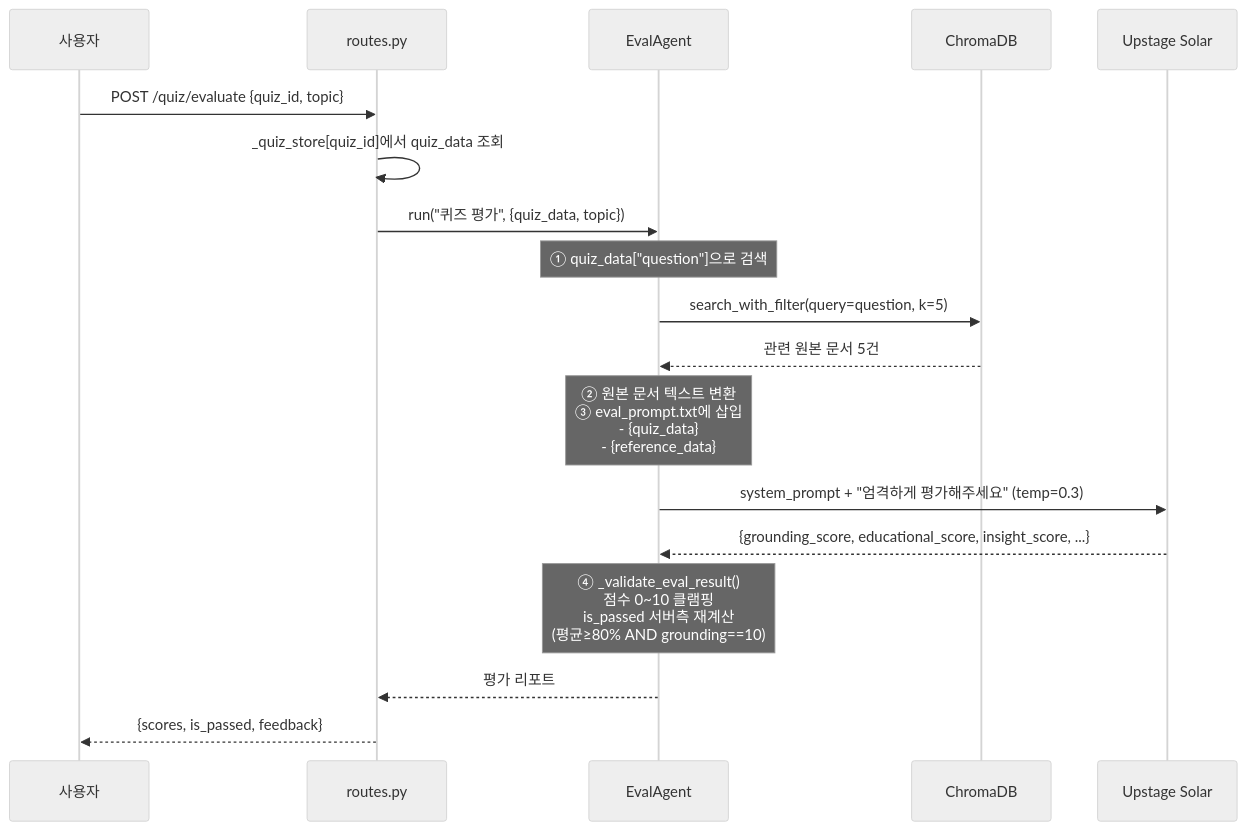
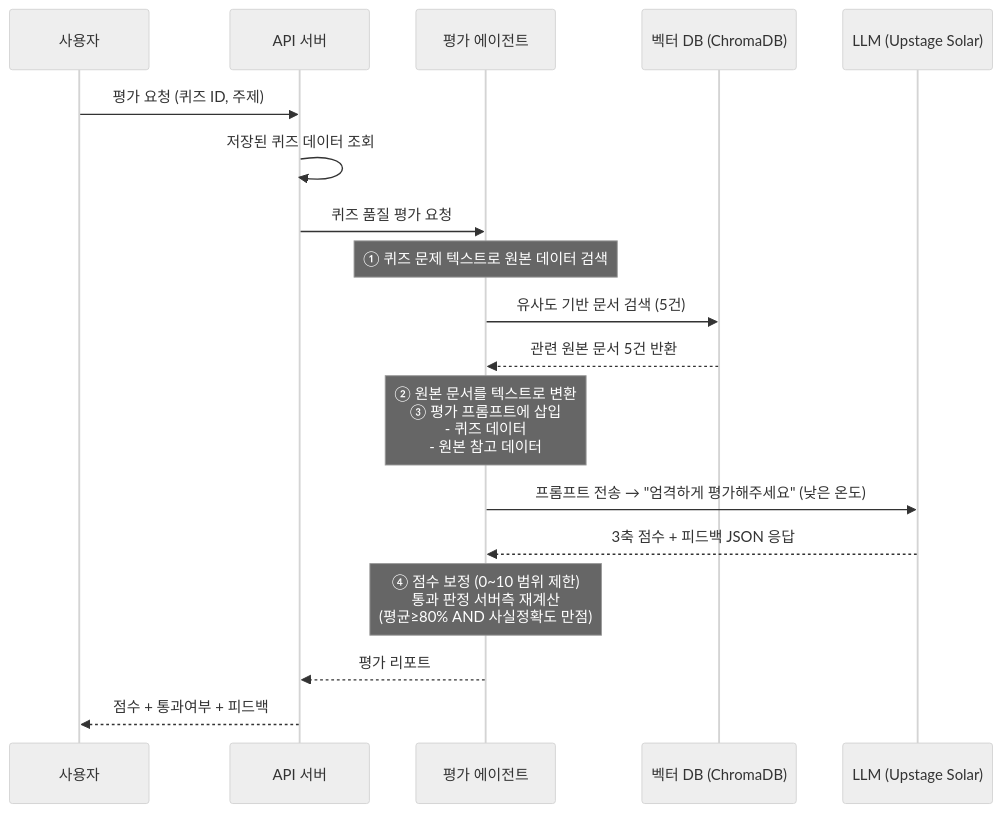
One commit to atozwizard/trade-onboarding-agent changed the third of 3 diagrams in docs/Quiz, Eval agent 기획서.md. Above: the diagram before and after it, drawn with Mermaid (neutral theme). The commit also changed other lines of this file, not shown here.

Commit message:
docs: 기획서 다이어그램 용어 한국어로 변경

````diff
--- a/docs/Quiz, Eval agent 기획서.md
+++ b/docs/Quiz, Eval agent 기획서.md
@@ -156,24 +156,24 @@
 ```mermaid
 sequenceDiagram
-    participant U as 사용자
-    participant R as routes.py
-    participant E as EvalAgent
-    participant RAG as ChromaDB
-    participant LLM as Upstage Solar
+    participant 사용자
+    participant API서버 as API 서버
+    participant 평가에이전트 as 평가 에이전트
+    participant 벡터DB as 벡터 DB (ChromaDB)
+    participant LLM as LLM (Upstage Solar)
 
-    U->>R: POST /quiz/evaluate {quiz_id, topic}
-    R->>R: _quiz_store[quiz_id]에서 quiz_data 조회
-    R->>E: run("퀴즈 평가", {quiz_data, topic})
+    사용자->>API서버: 평가 요청 (퀴즈 ID, 주제)
+    API서버->>API서버: 저장된 퀴즈 데이터 조회
+    API서버->>평가에이전트: 퀴즈 품질 평가 요청
 
-    Note over E: ① quiz_data["question"]으로 검색
-    E->>RAG: search_with_filter(query=question, k=5)
-    RAG-->>E: 관련 원본 문서 5건
+    Note over 평가에이전트: ① 퀴즈 문제 텍스트로 원본 데이터 검색
+    평가에이전트->>벡터DB: 유사도 기반 문서 검색 (5건)
+    벡터DB-->>평가에이전트: 관련 원본 문서 5건 반환
 
-    Note over E: ② 원본 문서 텍스트 변환<br/>③ eval_prompt.txt에 삽입<br/>- {quiz_data}<br/>- {reference_data}
-    E->>LLM: system_prompt + "엄격하게 평가해주세요" (temp=0.3)
-    LLM-->>E: {grounding_score, educational_score, insight_score, ...}
+    Note over 평가에이전트: ② 원본 문서를 텍스트로 변환<br/>③ 평가 프롬프트에 삽입<br/>- 퀴즈 데이터<br/>- 원본 참고 데이터
+    평가에이전트->>LLM: 프롬프트 전송 → "엄격하게 평가해주세요" (낮은 온도)
+    LLM-->>평가에이전트: 3축 점수 + 피드백 JSON 응답
 
-    Note over E: ④ _validate_eval_result()<br/>점수 0~10 클램핑<br/>is_passed 서버측 재계산<br/>(평균≥80% AND grounding==10)
-    E-->>R: 평가 리포트
-    R-->>U: {scores, is_passed, feedback}
+    Note over 평가에이전트: ④ 점수 보정 (0~10 범위 제한)<br/>통과 판정 서버측 재계산<br/>(평균≥80% AND 사실정확도 만점)
+    평가에이전트-->>API서버: 평가 리포트
+    API서버-->>사용자: 점수 + 통과여부 + 피드백
 ```
````
